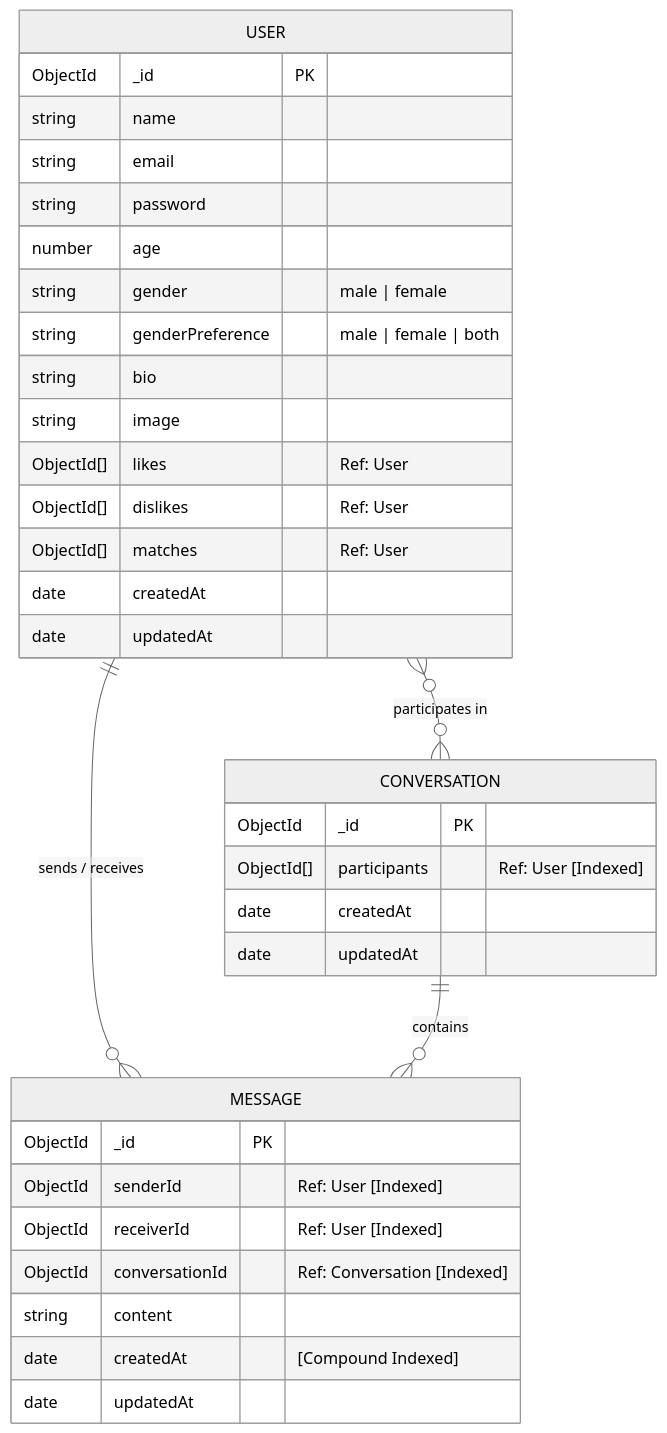
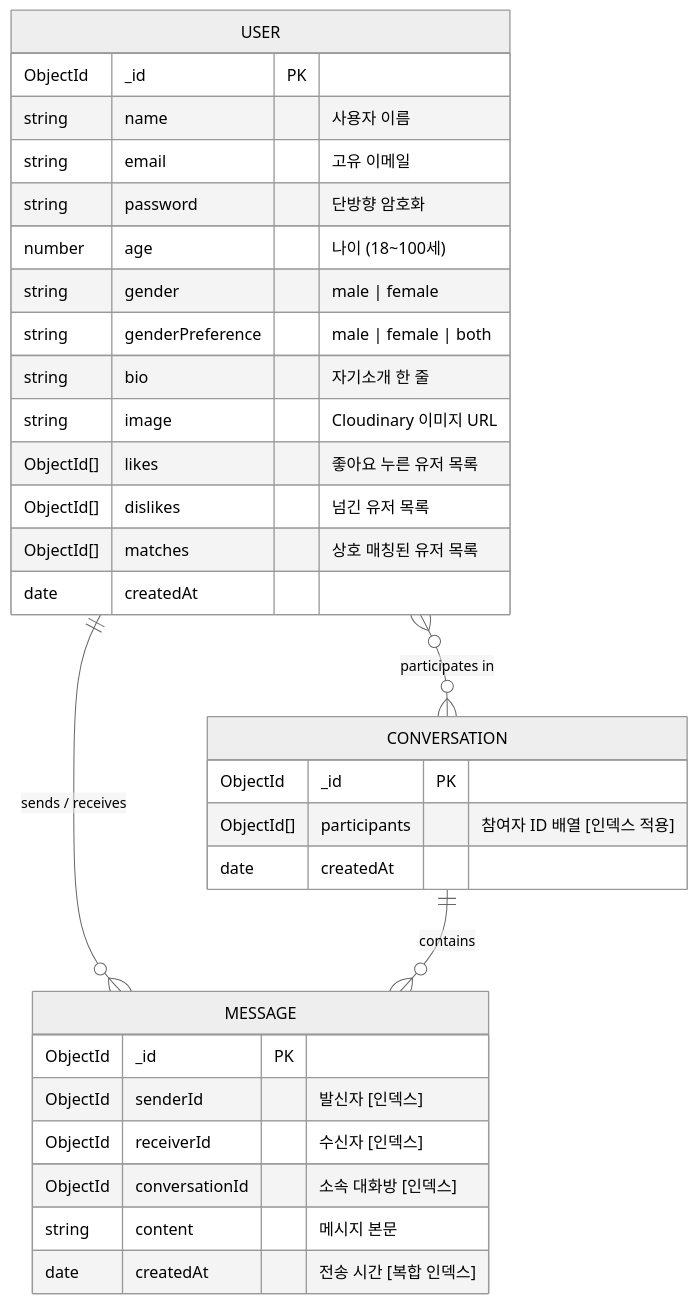
The diagram in README.md (guniluk/webMobile-tinder), drawn with Mermaid (neutral theme) before and after one commit. The commit also changed other lines of this file and 47 other files, not shown here.

````diff
--- a/README.md
+++ b/README.md
@@ -135,40 +385,37 @@
 ```mermaid
 erDiagram
     USER ||--o{ MESSAGE : "sends / receives"
     USER }o--o{ CONVERSATION : "participates in"
     CONVERSATION ||--o{ MESSAGE : "contains"
 
     USER {
         ObjectId _id PK
-        string name
-        string email
-        string password
-        number age
+        string name "사용자 이름"
+        string email "고유 이메일"
+        string password "단방향 암호화"
+        number age "나이 (18~100세)"
         string gender "male | female"
         string genderPreference "male | female | both"
-        string bio
-        string image
-        ObjectId[] likes "Ref: User"
-        ObjectId[] dislikes "Ref: User"
-        ObjectId[] matches "Ref: User"
+        string bio "자기소개 한 줄"
+        string image "Cloudinary 이미지 URL"
+        ObjectId[] likes "좋아요 누른 유저 목록"
+        ObjectId[] dislikes "넘긴 유저 목록"
+        ObjectId[] matches "상호 매칭된 유저 목록"
         date createdAt
-        date updatedAt
     }
 
     CONVERSATION {
         ObjectId _id PK
-        ObjectId[] participants "Ref: User [Indexed]"
+        ObjectId[] participants "참여자 ID 배열 [인덱스 적용]"
         date createdAt
-        date updatedAt
     }
 
     MESSAGE {
         ObjectId _id PK
-        ObjectId senderId "Ref: User [Indexed]"
-        ObjectId receiverId "Ref: User [Indexed]"
-        ObjectId conversationId "Ref: Conversation [Indexed]"
-        string content
-        date createdAt "[Compound Indexed]"
-        date updatedAt
+        ObjectId senderId "발신자 [인덱스]"
+        ObjectId receiverId "수신자 [인덱스]"
+        ObjectId conversationId "소속 대화방 [인덱스]"
+        string content "메시지 본문"
+        date createdAt "전송 시간 [복합 인덱스]"
     }
 ```
````
